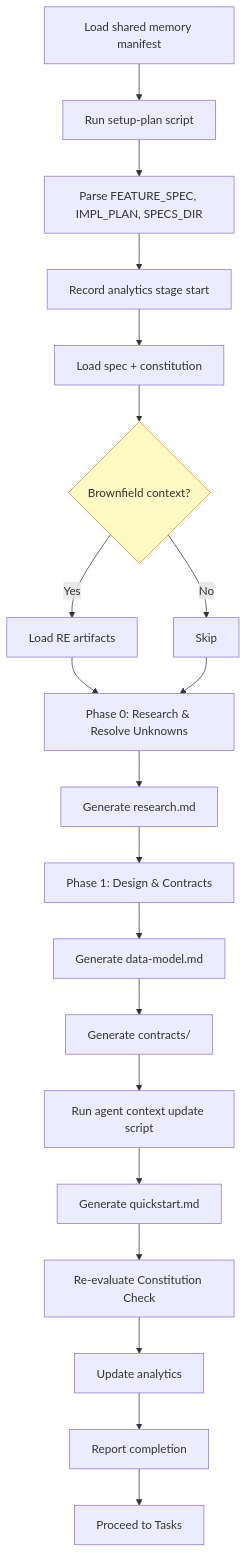
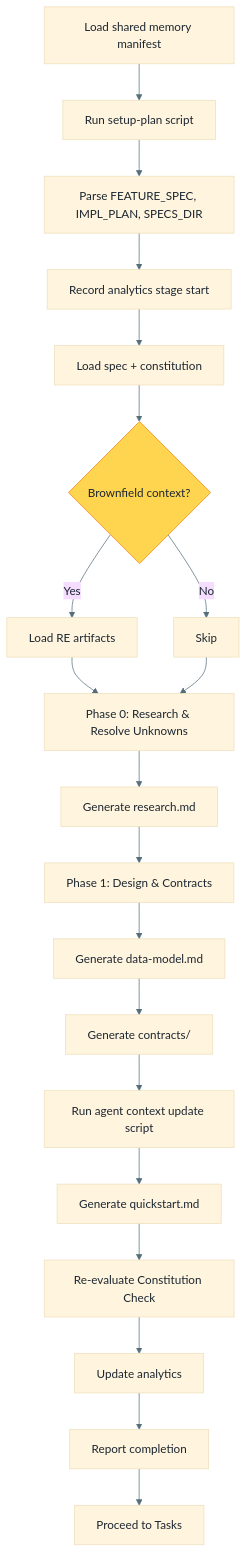
One commit to premkumarjanagarajan/fluid-flow-ai changed diagram 13 of 26 in docs/WORKFLOW-FULL-DETAILED.md. Above: the diagram before and after it, drawn with Mermaid. The commit also changed other lines of this file, not shown here.

First line of the commit message:
Fix mermaid diagram colors for dark/light theme compatibility

````diff
--- a/docs/WORKFLOW-FULL-DETAILED.md
+++ b/docs/WORKFLOW-FULL-DETAILED.md
@@ -545,24 +569,25 @@
 ```mermaid
+%%{init: {'theme': 'base', 'themeVariables': {'primaryTextColor': '#1B2631', 'lineColor': '#546E7A', 'textColor': '#1B2631'}}}%%
 flowchart TD
     A["Load shared memory manifest"] --> B["Run setup-plan script"]
     B --> C["Parse FEATURE_SPEC, IMPL_PLAN, SPECS_DIR"]
     C --> D["Record analytics stage start"]
     D --> E["Load spec + constitution"]
     E --> F{"Brownfield context?"}
     F -->|Yes| G["Load RE artifacts"]
     F -->|No| H["Skip"]
     G --> I["Phase 0: Research & Resolve Unknowns"]
     H --> I
     I --> J["Generate research.md"]
     J --> K["Phase 1: Design & Contracts"]
     K --> L["Generate data-model.md"]
     L --> M["Generate contracts/"]
     M --> N["Run agent context update script"]
     N --> O["Generate quickstart.md"]
     O --> P["Re-evaluate Constitution Check"]
     P --> Q["Update analytics"]
     Q --> R["Report completion"]
     R --> S["Proceed to Tasks"]
 
-    style F fill:#FFF9C4,stroke:#F57F17
+    style F fill:#FFD54F,stroke:#F57F17
 ```
````
